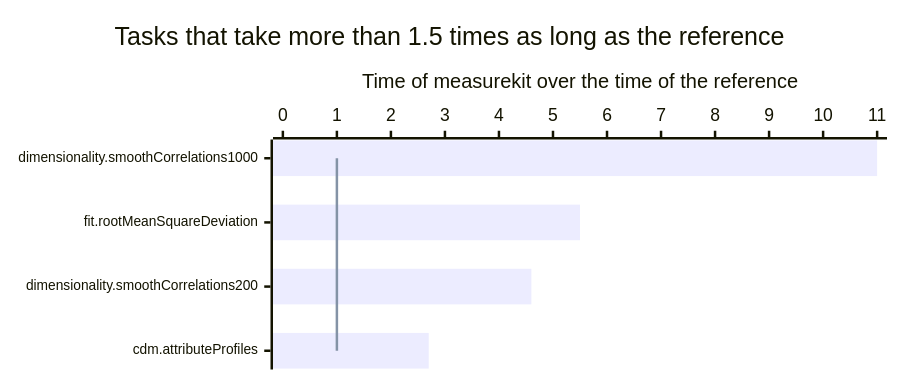
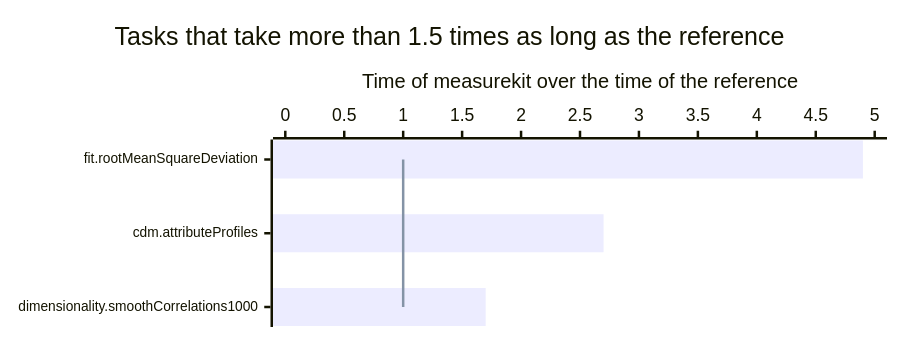
The second of 13 diagrams in docs/psychometrics/performance.md (measurekit/measurekit), drawn with Mermaid before and after one commit. The commit also changed other lines of this file, not shown here.

First line of the commit message:
Refresh the rows of dimensionality, fit, scaling and equating on the performance page from the build, alternated with their references

````diff
--- a/docs/psychometrics/performance.md
+++ b/docs/psychometrics/performance.md
@@ -27,9 +27,9 @@
 ```mermaid
-%%{init: {"xyChart": {"height": 286, "xAxis": {"labelFontSize": 11}}}}%%
+%%{init: {"xyChart": {"height": 252, "xAxis": {"labelFontSize": 11}}}}%%
 xychart-beta horizontal
   title "Tasks that take more than 1.5 times as long as the reference"
-  x-axis ["dimensionality.smoothCorrelations1000", "fit.rootMeanSquareDeviation", "dimensionality.smoothCorrelations200", "cdm.attributeProfiles"]
-  y-axis "Time of measurekit over the time of the reference" 0 --> 11
-  bar [11, 5.5, 4.6, 2.7]
-  line [1, 1, 1, 1]
+  x-axis ["fit.rootMeanSquareDeviation", "cdm.attributeProfiles", "dimensionality.smoothCorrelations1000"]
+  y-axis "Time of measurekit over the time of the reference" 0 --> 5
+  bar [4.9, 2.7, 1.7]
+  line [1, 1, 1]
 ```
````
